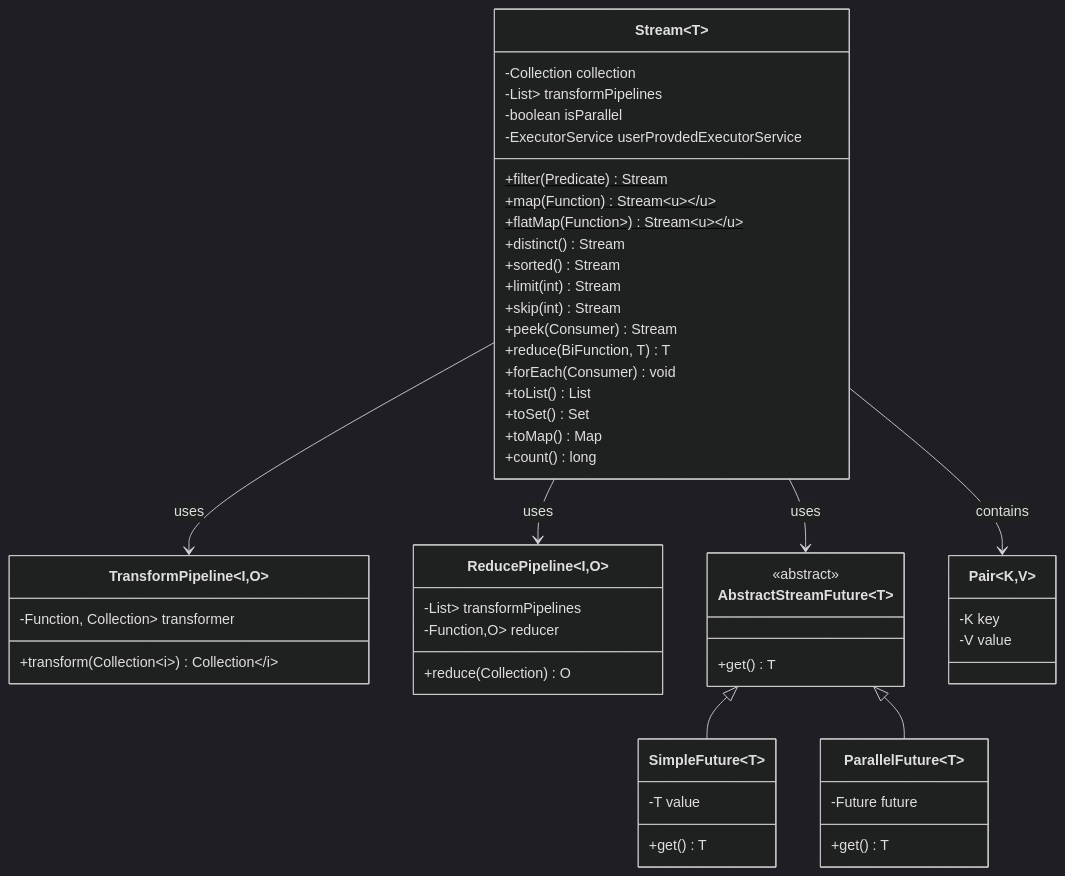
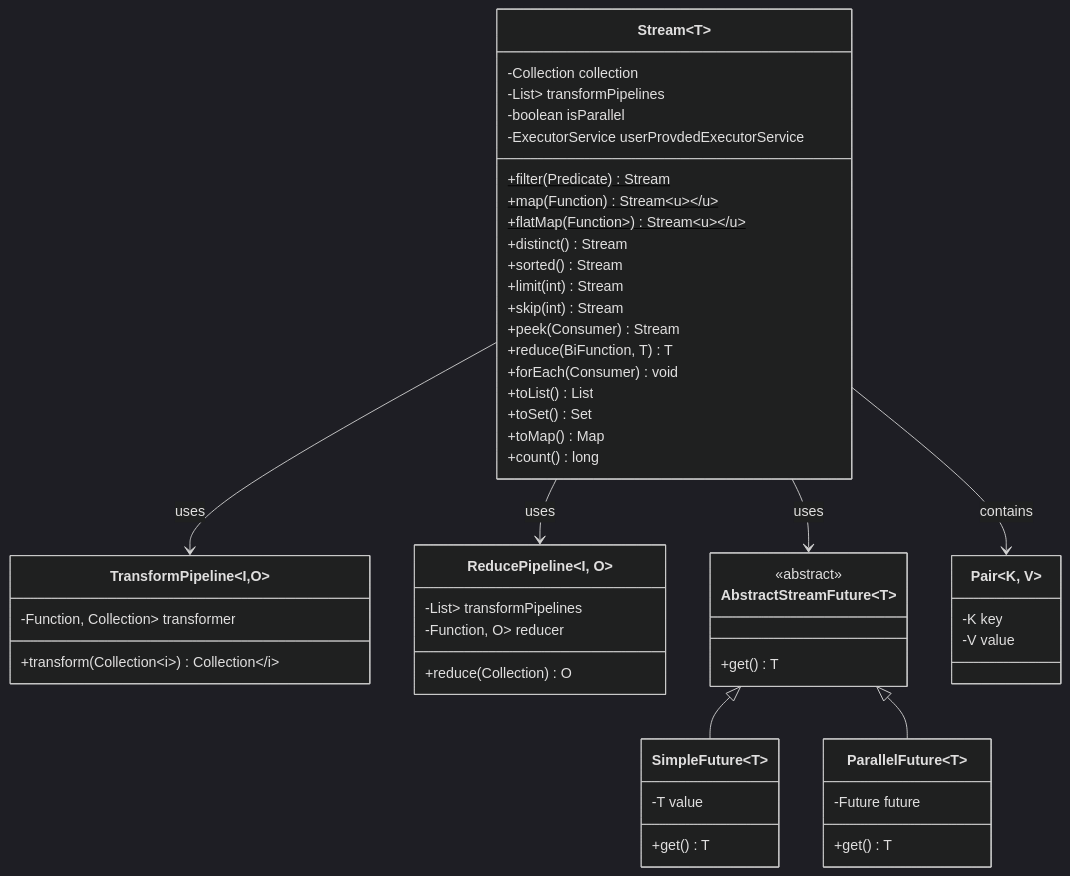
One commit to Ramasami/System-Design changed the diagram in src/main/java/org/example/streams/design.mermaid. Above: the diagram before and after it, drawn with Mermaid (dark theme). The commit also changed 2 other files, not shown here.

```diff
--- a/src/main/java/org/example/streams/design.mermaid
+++ b/src/main/java/org/example/streams/design.mermaid
@@ -1,59 +1,59 @@
 classDiagram
     class Stream~T~ {
         -Collection<?> collection
         -List<TransformPipeline<?, ?>> transformPipelines
         -boolean isParallel
         -ExecutorService userProvdedExecutorService
         +filter(Predicate<T>)$ Stream<T>
-        +map(Function<T,U>)$ Stream<U>
-        +flatMap(Function<T,Stream<U>>)$ Stream<U>
+        +map(Function<T, U>)$ Stream<U>
+        +flatMap(Function<T, Stream<U>>)$ Stream<U>
         +distinct() Stream<T>
         +sorted() Stream<T>
         +limit(int) Stream<T>
         +skip(int) Stream<T>
         +peek(Consumer<T>) Stream<T>
-        +reduce(BiFunction<T,T,T>, T) T
+        +reduce(BiFunction<T, T, T>, T) T
         +forEach(Consumer<T>) void
         +toList() List<T>
         +toSet() Set<T>
-        +toMap() Map<K,V>
+        +toMap() Map<K, V>
         +count() long
     }
 
     class TransformPipeline~I,O~ {
 -Function<Collection<I>, Collection<O>> transformer
 +transform(Collection<I>) Collection<O>
 }
 
-class ReducePipeline~I,O~ {
--List<TransformPipeline<?,?>> transformPipelines
--Function<Collection<I>,O> reducer
+class ReducePipeline~I, O~ {
+-List<TransformPipeline<?, ?>> transformPipelines
+-Function<Collection<I>, O> reducer
 +reduce(Collection<?>) O
 }
 
 class AbstractStreamFuture~T~ {
 <<abstract>>
 +get() T
-    }
+ }
 
 class SimpleFuture~T~ {
 -T value
 +get() T
-    }
+ }
 
 class ParallelFuture~T~ {
 -Future<T> future
 +get() T
 }
 
-class Pair~K,V~ {
+class Pair~K, V~ {
 -K key
 -V value
 }
 
-Stream --> TransformPipeline : uses
-Stream --> ReducePipeline : uses
+Stream --> TransformPipeline: uses
+Stream --> ReducePipeline: uses
 Stream --> AbstractStreamFuture : uses
 AbstractStreamFuture <|-- SimpleFuture
 AbstractStreamFuture <|-- ParallelFuture
-Stream --> Pair : contains
+Stream --> Pair: contains
```
